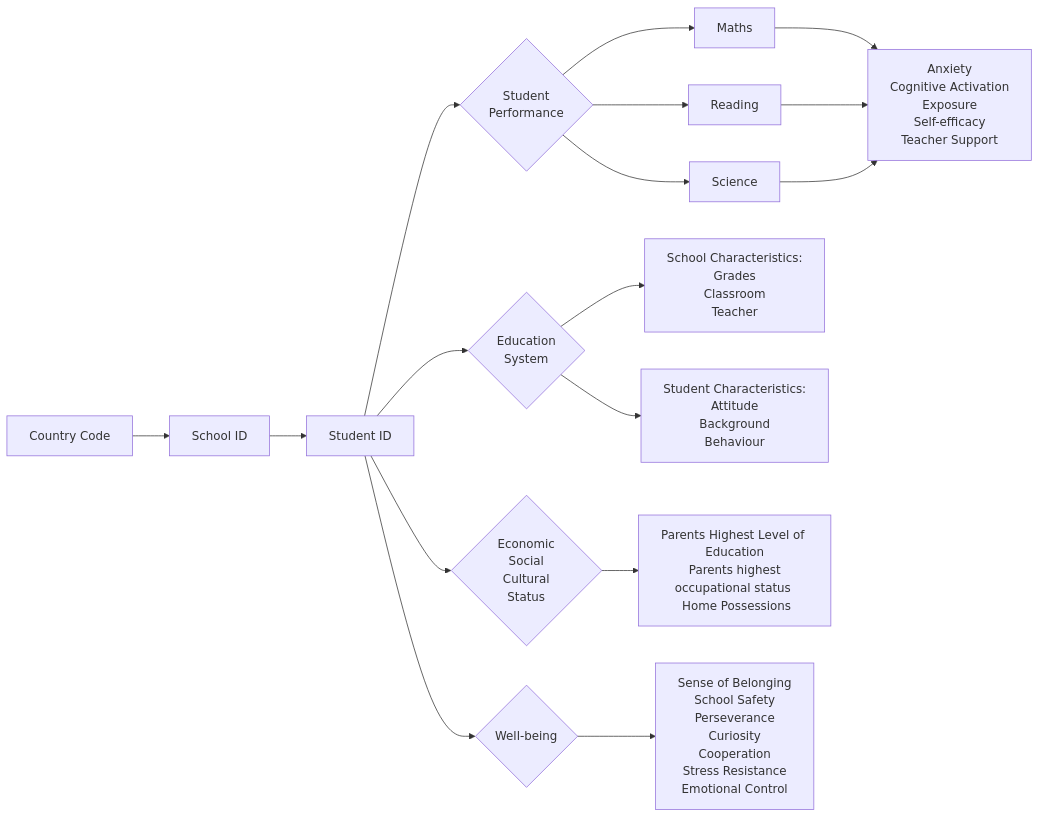
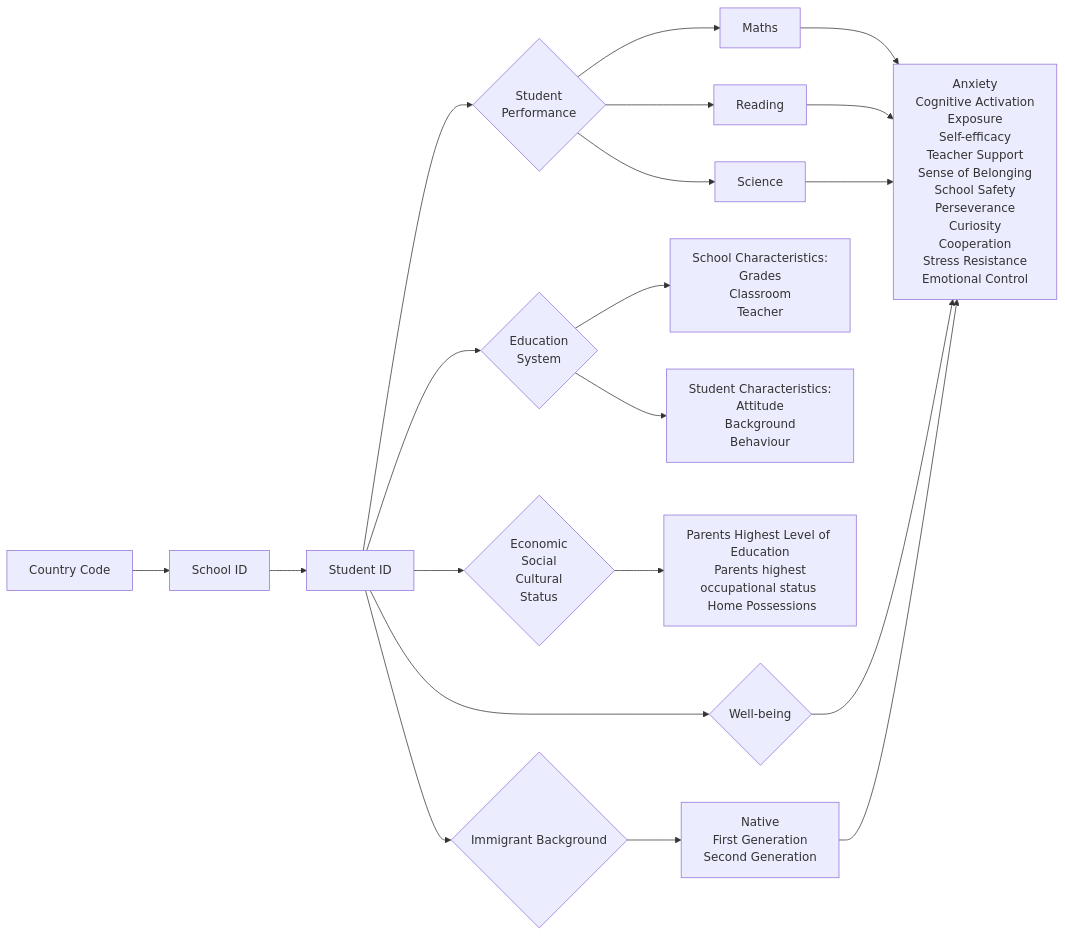
One commit to chockwk/ISSS608_Visual-Analytics changed the diagram in Exercises/TH1/TH1.qmd. Above: the diagram before and after it, drawn with Mermaid. The commit also changed other lines of this file and 18 other files, not shown here.

````diff
--- a/Exercises/TH1/TH1.qmd
+++ b/Exercises/TH1/TH1.qmd
@@ -237,22 +251,25 @@
 ```{mermaid}
 %%| code-fold: true
 %%| code-summary: "Show the code"
 
 flowchart LR
   A[Country Code] --> B[School ID]
   B --> C[Student ID]
   C --> D{Student \n Performance}
   D --> E[Maths]
-  E --> H[Anxiety \n Cognitive Activation \n Exposure \n Self-efficacy \n Teacher Support]
+  E --> H[Anxiety \n Cognitive Activation \n Exposure \n Self-efficacy \n Teacher Support \n Sense of Belonging \n School Safety \n Perseverance \n Curiosity \n Cooperation \n Stress Resistance \n Emotional Control]
   D --> F[Reading]
   D --> G[Science]
   F --> H
   G --> H
   C --> I{Education \n System}
   I --> J[School Characteristics: \n Grades \n Classroom \n Teacher]
   I --> K[Student Characteristics: \n Attitude \n Background \n Behaviour]
   C --> L{Economic \n Social \n Cultural \n Status}
   L --> M[Parents Highest Level of Education\n Parents highest occupational status \n Home Possessions]
   C --> N{Well-being}
-  N --> O[Sense of Belonging \n School Safety \n Perseverance \n Curiosity \n Cooperation \n Stress Resistance \n Emotional Control]
+  N --> H
+  C --> P{Immigrant Background}
+  P --> Q[Native \n First Generation \n Second Generation] 
+  Q --> H
 ```
````
